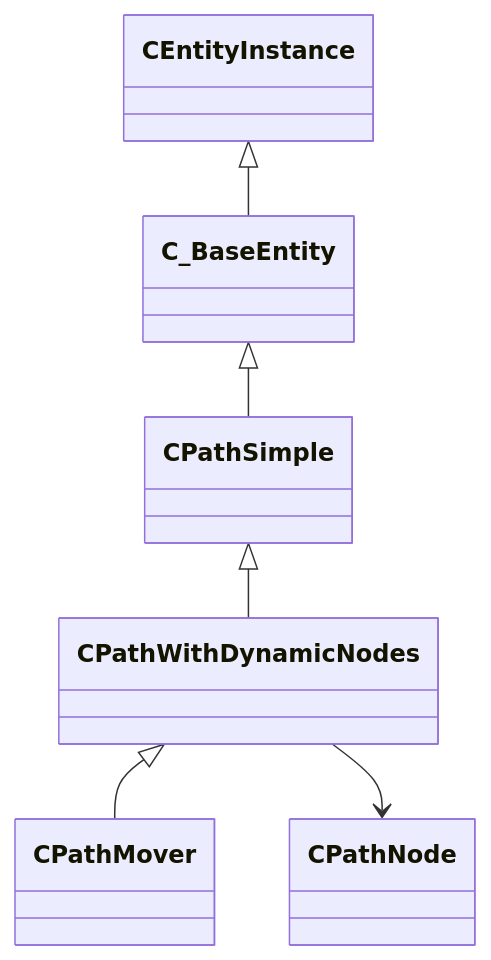
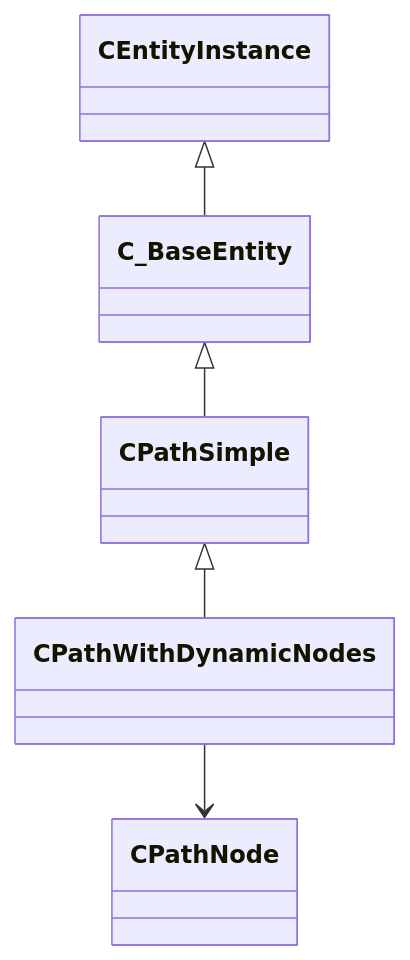
One commit to CS2OpenDev/CS2OpenDev-Docs changed the diagram in docs/generated/schemas/client/CPathWithDynamicNodes.md. Above: the diagram before and after it, drawn with Mermaid. The commit also changed other lines of this file and 4525 other files, not shown here.

````diff
--- a/docs/generated/schemas/client/CPathWithDynamicNodes.md
+++ b/docs/generated/schemas/client/CPathWithDynamicNodes.md
@@ -19,8 +21,7 @@
 ```mermaid
 classDiagram
     CPathSimple <|-- CPathWithDynamicNodes
     C_BaseEntity <|-- CPathSimple
     CEntityInstance <|-- C_BaseEntity
-    CPathWithDynamicNodes <|-- CPathMover
     CPathWithDynamicNodes --> CPathNode
 ```
````
